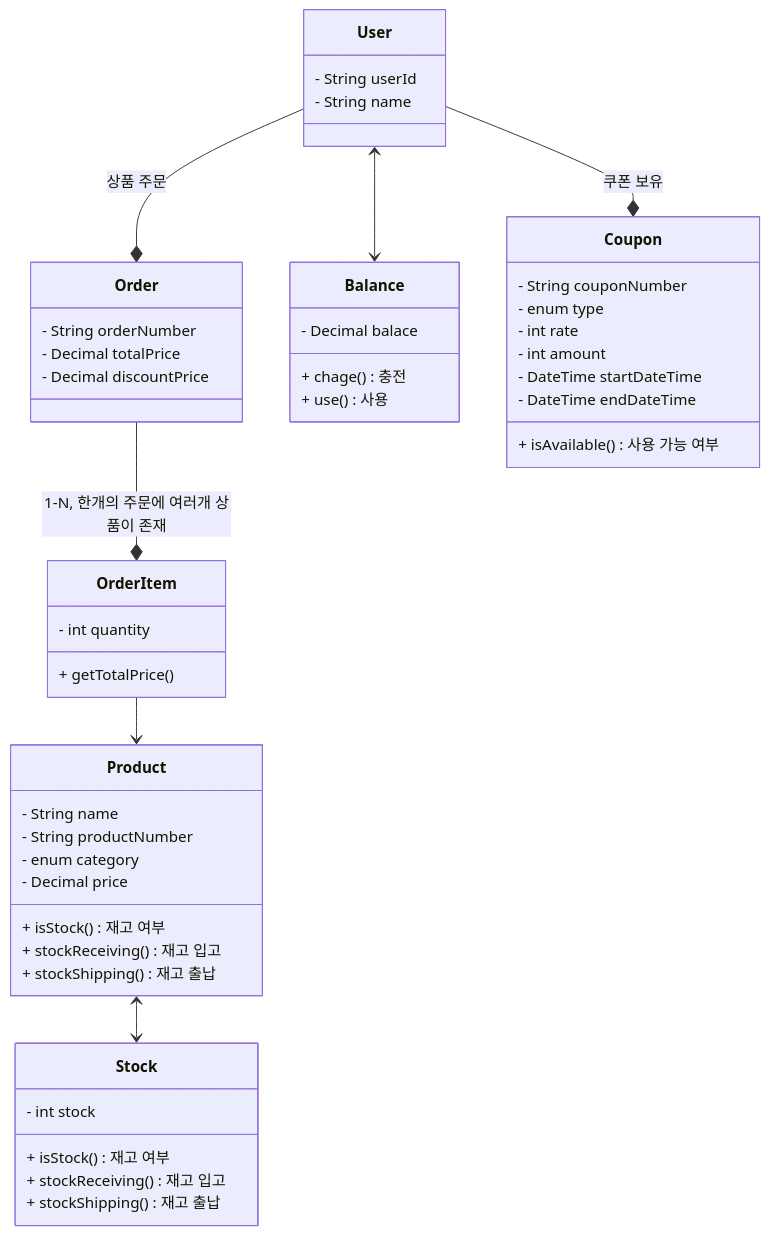
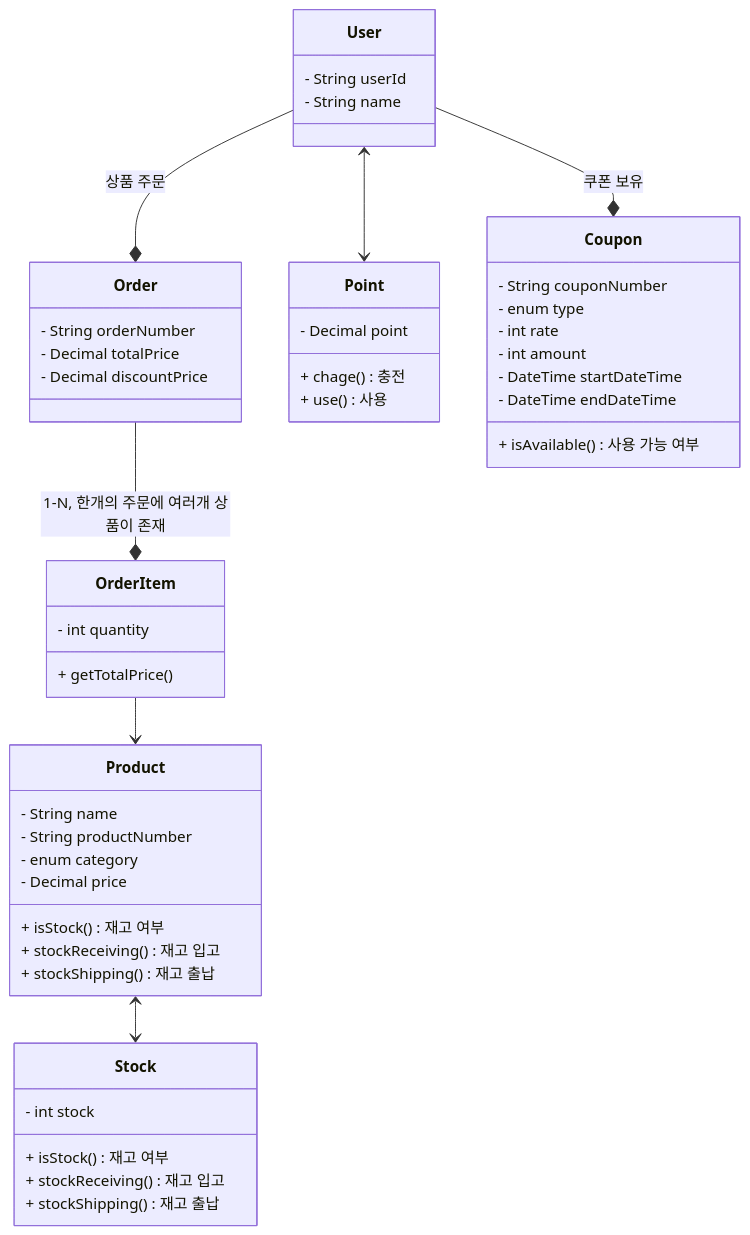
One commit to jih3508/hanghea_plus_backend_8th changed the diagram in 3week/docs/클래스 다이어그램.md. Above: the diagram before and after it, drawn with Mermaid. The commit also changed 1 other file, not shown here.

Commit message:
다이어 그램 수정

````diff
--- a/3week/docs/클래스 다이어그램.md
+++ b/3week/docs/클래스 다이어그램.md
@@ -2,59 +2,59 @@
 ```mermaid
 classDiagram
    User --* Order: 상품 주문
-   User <--> Balance
+   User <--> Point
    User --* Coupon: 쿠폰 보유
    Product <--> Stock
    Order --* OrderItem: 1-N, 한개의 주문에 여러개 상품이 존재
    OrderItem --> Product
     class User {
         - String userId
         - String name
         
     }
-    class Balance{
-        - Decimal balace
+    class Point{
+        - Decimal point
         + chage() 충전
         + use() 사용
     }
     
     class Product{
         - String name
         - String productNumber
         - enum category
         
         - Decimal price
         + isStock() 재고 여부
         + stockReceiving() 재고 입고
         + stockShipping() 재고 출납
     }
     
     class Stock{
         - int stock
         + isStock() 재고 여부
         + stockReceiving() 재고 입고
         + stockShipping() 재고 출납
     }
     
     class Coupon {
         - String couponNumber
         - enum type
         - int rate
         - int amount
         - DateTime startDateTime
         - DateTime endDateTime
         + isAvailable() 사용 가능 여부
     }
     
     class Order{
         - String orderNumber
         - Decimal totalPrice
         - Decimal discountPrice
     }
     
     class OrderItem{
         - int quantity
         + getTotalPrice()
     }
     
 ```
````
